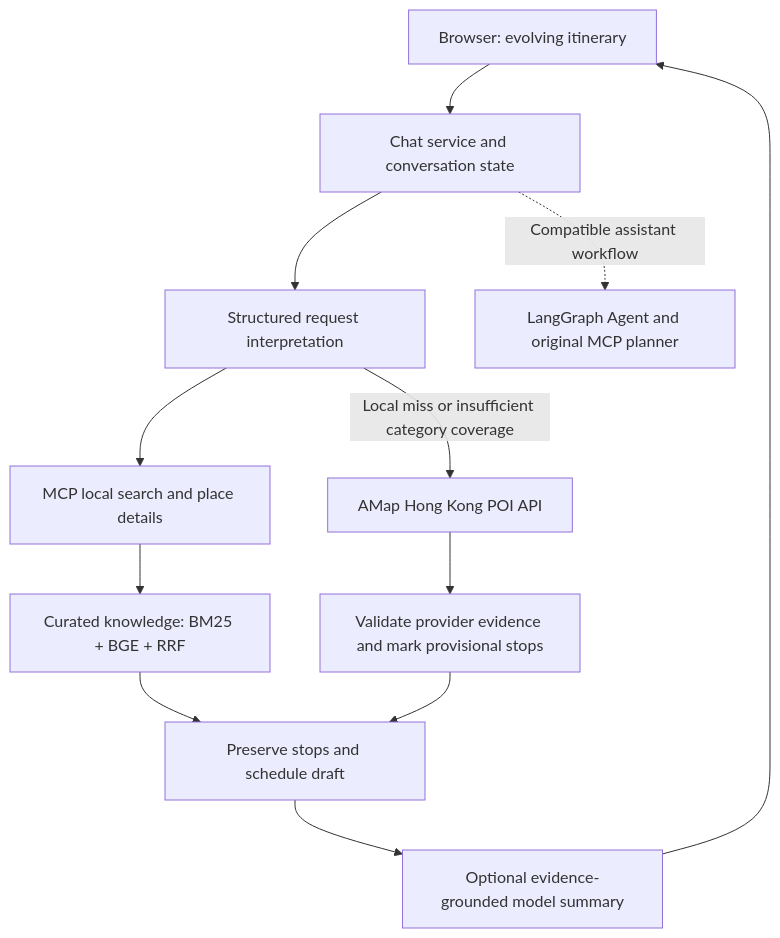
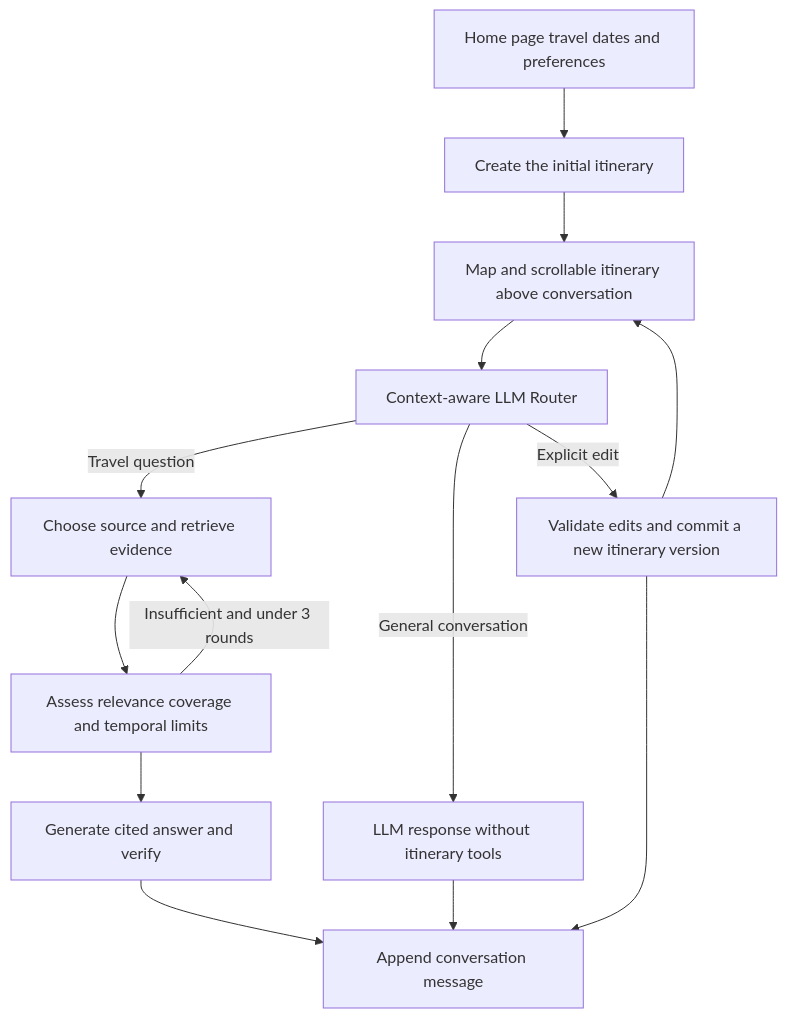
Before and after one commit to zz1170115506-del/DSAI5205-rag-travel-project: the diagram in README.md, drawn with Mermaid. The commit also changed other lines of this file and 186 other files, not shown here.

First line of the commit message:
feat: add conditional Agentic RAG travel workspace

````diff
--- a/README.md
+++ b/README.md
@@ -46,14 +48,16 @@
 ```mermaid
 flowchart TD
-    W[Browser: evolving itinerary] --> C[Chat service and conversation state]
-    C --> I[Structured request interpretation]
-    I --> T[MCP local search and place details]
-    T --> K[Curated knowledge: BM25 + BGE + RRF]
-    K --> P[Preserve stops and schedule draft]
-    I -->|Local miss or insufficient category coverage| M[AMap Hong Kong POI API]
-    M --> E[Validate provider evidence and mark provisional stops]
-    E --> P
-    P --> G[Optional evidence-grounded model summary]
-    G --> W
-    C -. Compatible assistant workflow .-> A[LangGraph Agent and original MCP planner]
+    Home[Home page travel dates and preferences] --> Initial[Create the initial itinerary]
+    Initial --> UI[Map and scrollable itinerary above conversation]
+    UI --> Router[Context-aware LLM Router]
+    Router -->|Travel question| RAG[Choose source and retrieve evidence]
+    RAG --> Check[Assess relevance coverage and temporal limits]
+    Check -->|Insufficient and under 3 rounds| RAG
+    Check --> Generate[Generate cited answer and verify]
+    Router -->|Explicit edit| Edit[Validate edits and commit a new itinerary version]
+    Router -->|General conversation| LLM[LLM response without itinerary tools]
+    Generate --> Chat[Append conversation message]
+    LLM --> Chat
+    Edit --> UI
+    Edit --> Chat
 ```
````
